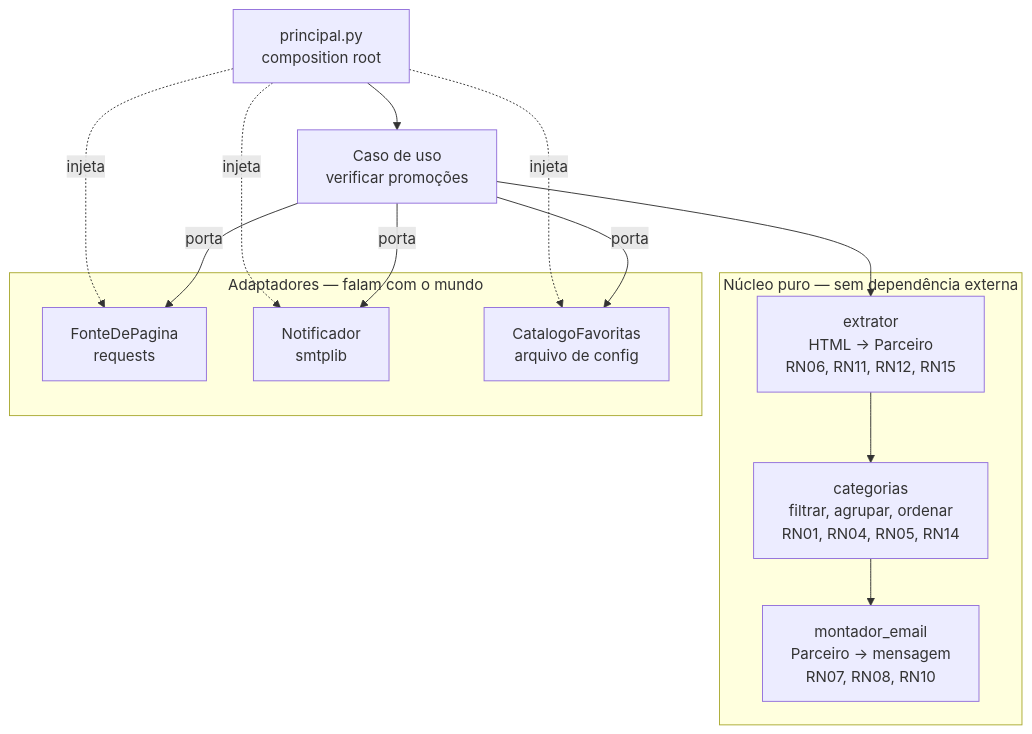
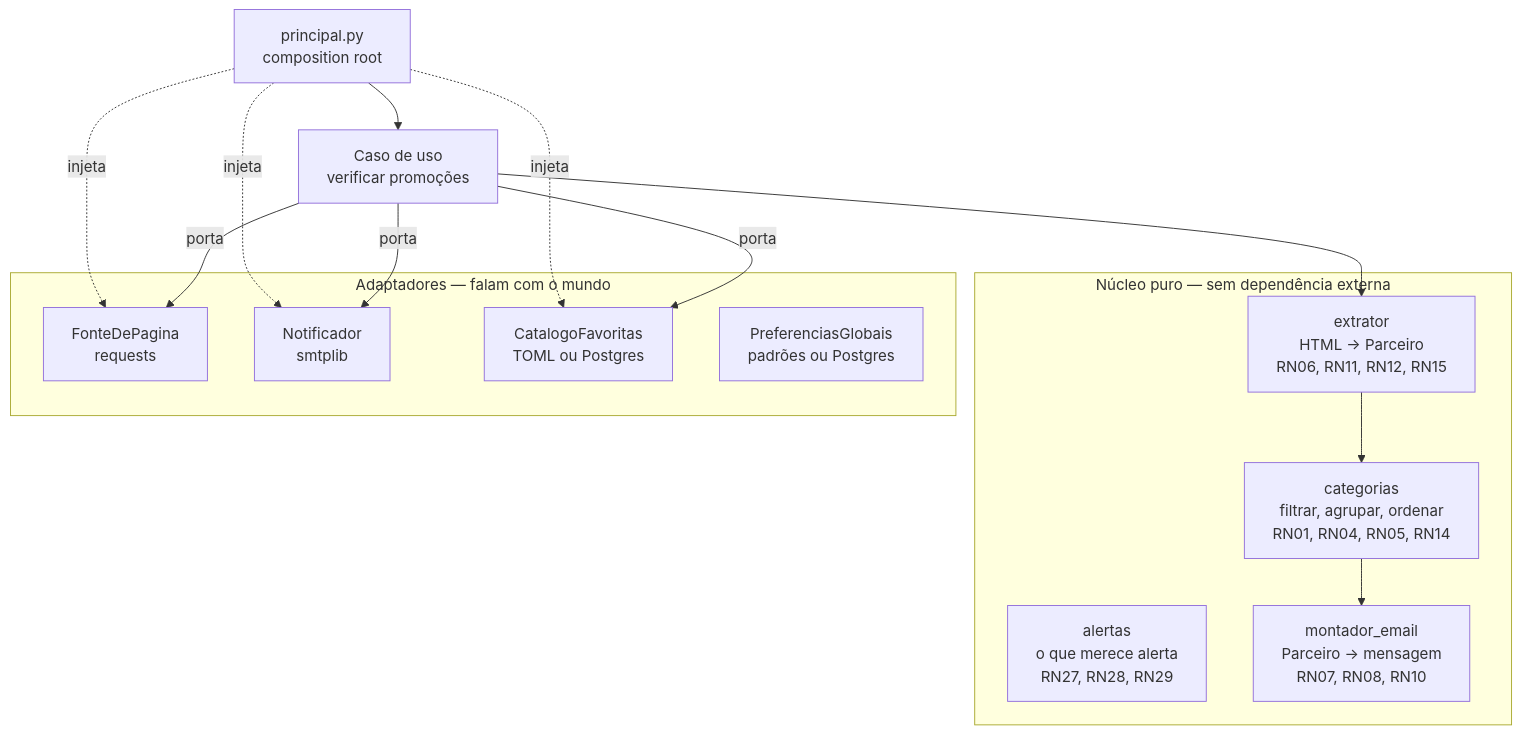
The first of 3 diagrams in docs/PRD.md (lacerdaRodrigo/robo-de-produtos), drawn with Mermaid before and after one commit. The commit also changed other lines of this file and 15 other files, not shown here.

````diff
--- a/docs/PRD.md
+++ b/docs/PRD.md
@@ -208,28 +209,30 @@
 ```mermaid
 flowchart TD
     MAIN["principal.py<br/>composition root"]
     UC["Caso de uso<br/>verificar promoções"]
 
     subgraph nucleo["Núcleo puro — sem dependência externa"]
         EXT["extrator<br/>HTML → Parceiro<br/>RN06, RN11, RN12, RN15"]
+        ALE["alertas<br/>o que merece alerta<br/>RN27, RN28, RN29"]
         REG["categorias<br/>filtrar, agrupar, ordenar<br/>RN01, RN04, RN05, RN14"]
         MON["montador_email<br/>Parceiro → mensagem<br/>RN07, RN08, RN10"]
     end
 
     subgraph adaptadores["Adaptadores — falam com o mundo"]
         HTTP["FonteDePagina<br/>requests"]
         SMTP["Notificador<br/>smtplib"]
-        CFG["CatalogoFavoritas<br/>arquivo de config"]
+        CFG["CatalogoFavoritas<br/>TOML ou Postgres"]
+        PRF["PreferenciasGlobais<br/>padrões ou Postgres"]
     end
 
     MAIN --> UC
     MAIN -.injeta.-> HTTP
     MAIN -.injeta.-> SMTP
     MAIN -.injeta.-> CFG
     UC --> EXT
     EXT --> REG
     REG --> MON
     UC -->|porta| HTTP
     UC -->|porta| SMTP
     UC -->|porta| CFG
 ```
````
